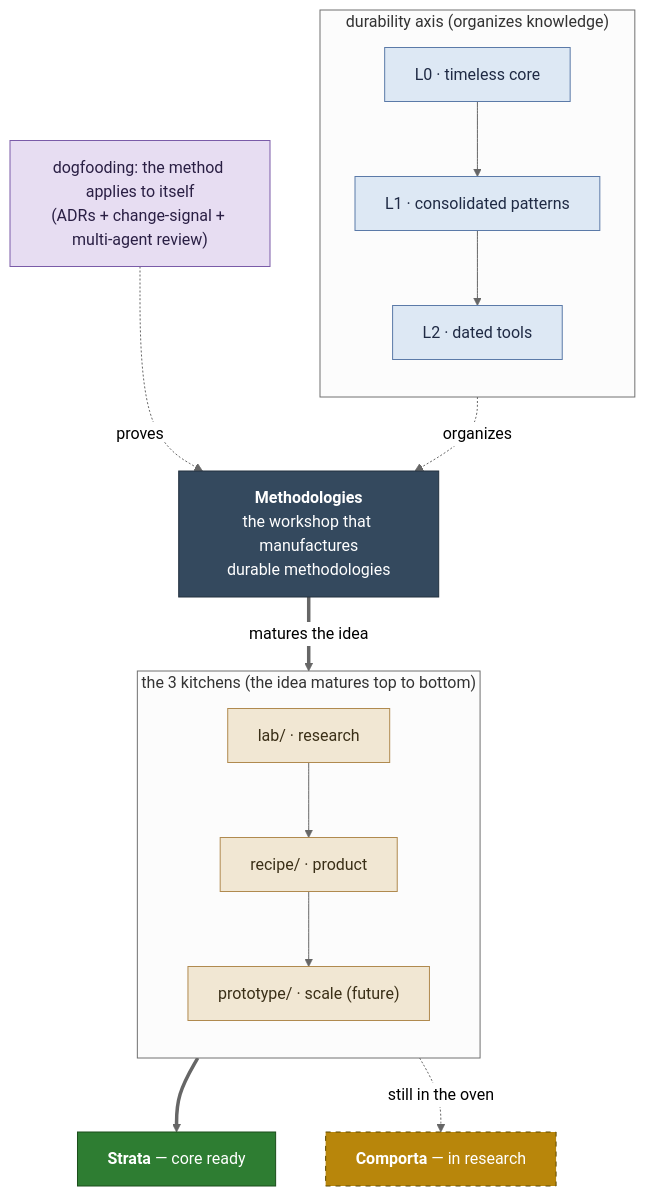
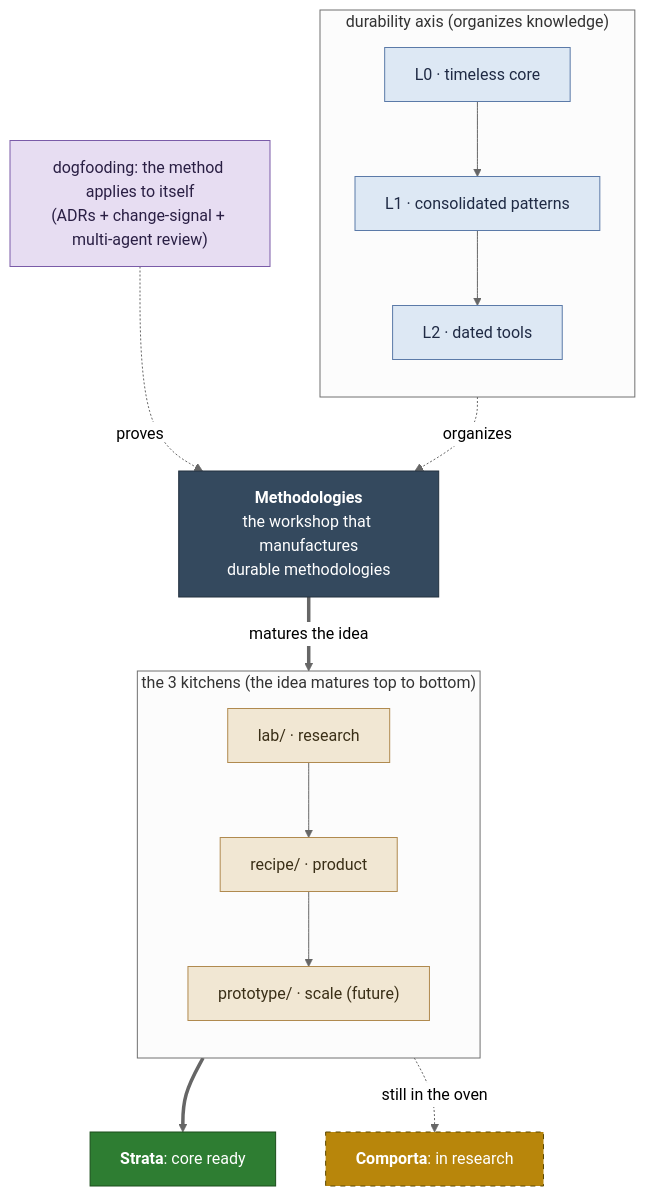
The diagram in README.md (LeoPR/Methodologies), drawn with Mermaid (neutral theme) before and after one commit. The commit also changed other lines of this file and 5 other files, not shown here.

````diff
--- a/README.md
+++ b/README.md
@@ -98,35 +98,35 @@
 ```mermaid
 flowchart TB
     OFICINA["<b>Methodologies</b><br/>the workshop that manufactures<br/>durable methodologies"]
 
     subgraph DUR["durability axis (organizes knowledge)"]
         direction TB
         L0["L0 · timeless core"] --> L1["L1 · consolidated patterns"] --> L2["L2 · dated tools"]
     end
 
     subgraph COZ["the 3 kitchens (the idea matures top to bottom)"]
         direction TB
         LAB["lab/ · research"] --> REC["recipe/ · product"] --> PROTO["prototype/ · scale (future)"]
     end
 
     DOG["dogfooding: the method applies to itself<br/>(ADRs + change-signal + multi-agent review)"]
 
     DUR -.->|organizes| OFICINA
     DOG -.->|proves| OFICINA
     OFICINA ==>|matures the idea| COZ
-    REC ==> STRATA["<b>Strata</b> — core ready"]
-    LAB -.->|still in the oven| ECON["<b>Comporta</b> — in research"]
+    REC ==> STRATA["<b>Strata</b>: core ready"]
+    LAB -.->|still in the oven| ECON["<b>Comporta</b>: in research"]
 
     classDef hub fill:#34495e,stroke:#22303f,color:#ffffff;
     classDef dur fill:#dde8f4,stroke:#5b7aa8,color:#1f2a44;
     classDef coz fill:#f1e7d3,stroke:#b08a4f,color:#3a2f17;
     classDef dog fill:#e7ddf2,stroke:#7a5ba8,color:#2a1f44;
     classDef done fill:#2e7d32,stroke:#1b4d1b,color:#ffffff;
     classDef wip fill:#b8860b,stroke:#5c4900,color:#ffffff,stroke-dasharray:5 5;
     class OFICINA hub;
     class L0,L1,L2 dur;
     class LAB,REC,PROTO coz;
     class DOG dog;
     class STRATA done;
     class ECON wip;
 ```
````
